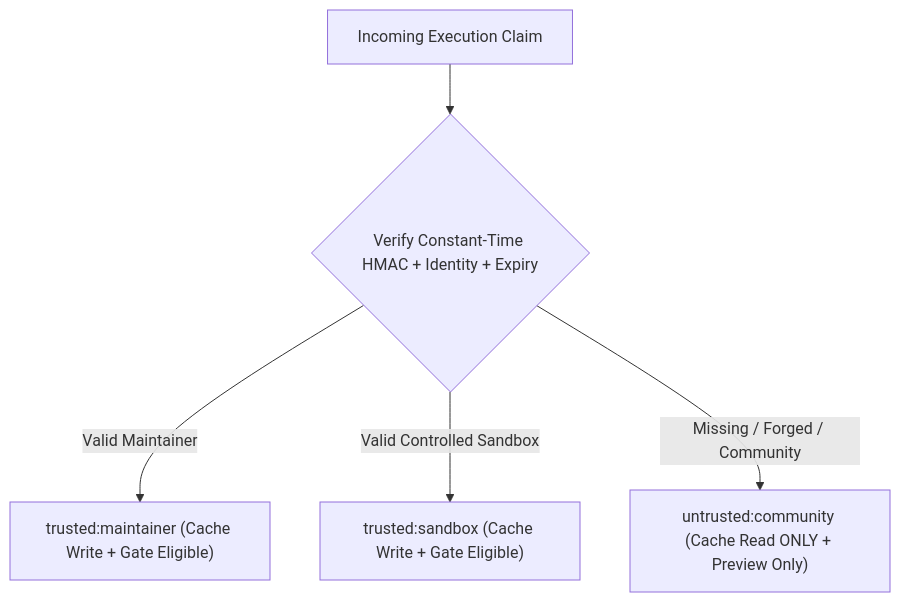
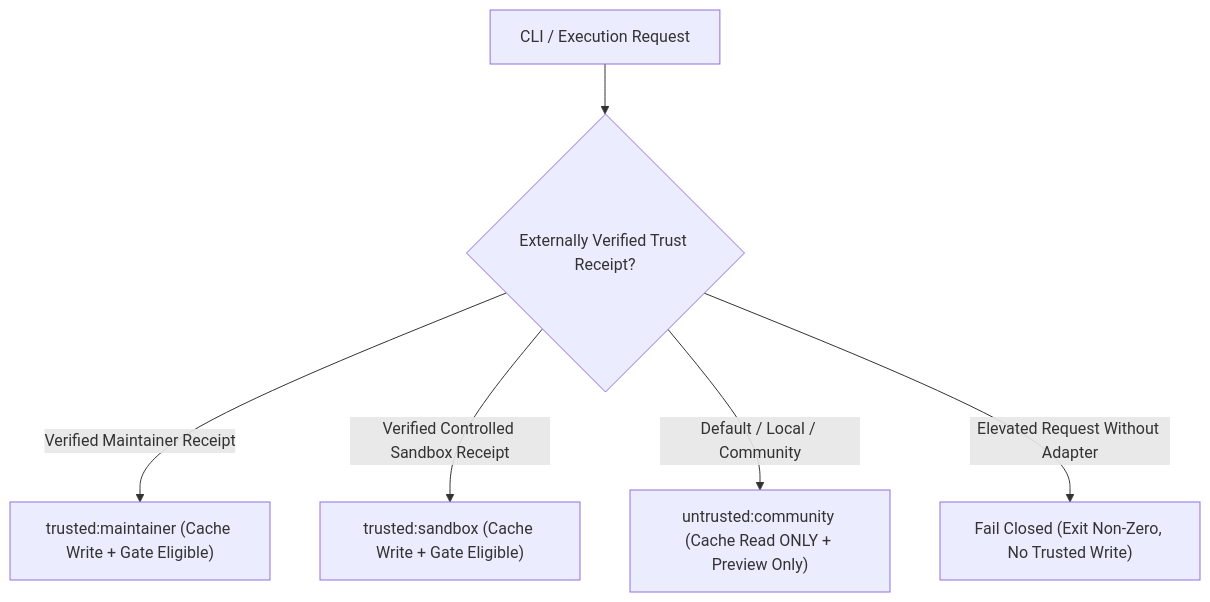
One commit to smithersai/smithers-ci changed the diagram in wiki/trust-and-isolation.md. Above: the diagram before and after it, drawn with Mermaid. The commit also changed other lines of this file and 21 other files, not shown here.

First line of the commit message:
fix(audit): default to actual checkout identity and fail-closed untrusted provenance

````diff
--- a/wiki/trust-and-isolation.md
+++ b/wiki/trust-and-isolation.md
@@ -9,7 +9,8 @@
 ```mermaid
 flowchart TD
-  Claim["Incoming Execution Claim"] --> Verify{"Verify Constant-Time HMAC + Identity + Expiry"}
-  Verify -->|Valid Maintainer| TM["trusted:maintainer (Cache Write + Gate Eligible)"]
-  Verify -->|Valid Controlled Sandbox| TS["trusted:sandbox (Cache Write + Gate Eligible)"]
-  Verify -->|Missing / Forged / Community| UC["untrusted:community (Cache Read ONLY + Preview Only)"]
+  Claim["CLI / Execution Request"] --> Verify{"Externally Verified Trust Receipt?"}
+  Verify -->|Verified Maintainer Receipt| TM["trusted:maintainer (Cache Write + Gate Eligible)"]
+  Verify -->|Verified Controlled Sandbox Receipt| TS["trusted:sandbox (Cache Write + Gate Eligible)"]
+  Verify -->|Default / Local / Community| UC["untrusted:community (Cache Read ONLY + Preview Only)"]
+  Verify -->|Elevated Request Without Adapter| FC["Fail Closed (Exit Non-Zero, No Trusted Write)"]
 ```
````
